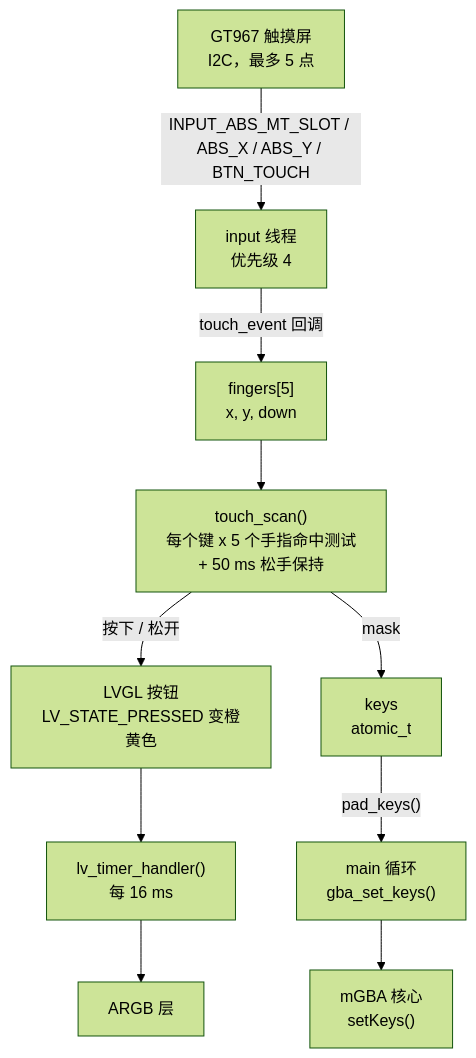
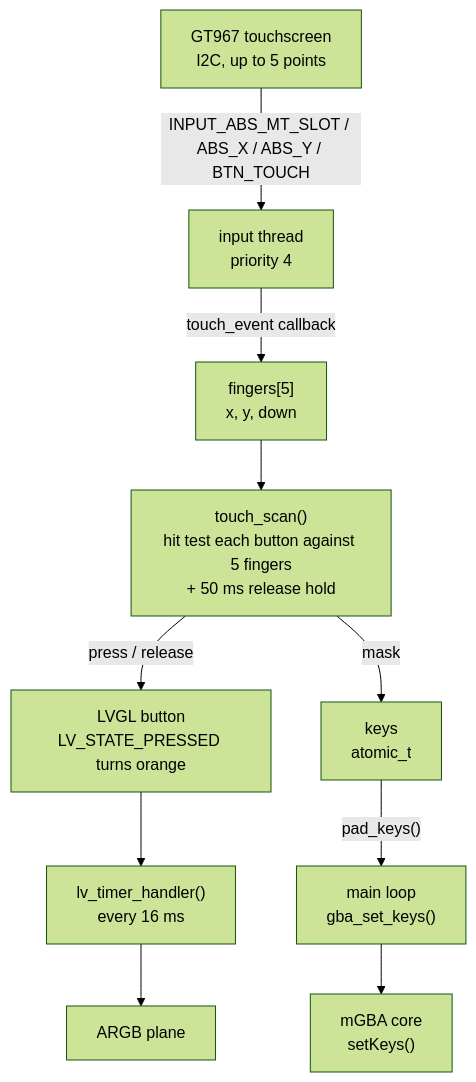
One commit to YuzukiHD/YuzukiNeko changed the second of 3 diagrams in docs/src/content/docs/dev/zephyr/apps/mgba.md. Above: the diagram before and after it, drawn with Mermaid (forest theme). The commit also changed other lines of this file and 216 other files, not shown here.

````diff
--- a/docs/src/content/docs/dev/zephyr/apps/mgba.md
+++ b/docs/src/content/docs/dev/zephyr/apps/mgba.md
@@ -262,12 +262,12 @@
 ```mermaid
 flowchart TD
-    GT["GT967 触摸屏<br/>I2C，最多 5 点"] -->|"INPUT_ABS_MT_SLOT / ABS_X / ABS_Y / BTN_TOUCH"| IT["input 线程<br/>优先级 4"]
-    IT -->|"touch_event 回调"| FING["fingers[5]<br/>x, y, down"]
-    FING --> SCAN["touch_scan()<br/>每个键 x 5 个手指命中测试<br/>+ 50 ms 松手保持"]
-    SCAN -->|"按下 / 松开"| BTN["LVGL 按钮<br/>LV_STATE_PRESSED 变橙黄色"]
+    GT["GT967 touchscreen<br/>I2C, up to 5 points"] -->|"INPUT_ABS_MT_SLOT / ABS_X / ABS_Y / BTN_TOUCH"| IT["input thread<br/>priority 4"]
+    IT -->|"touch_event callback"| FING["fingers[5]<br/>x, y, down"]
+    FING --> SCAN["touch_scan()<br/>hit test each button against 5 fingers<br/>+ 50 ms release hold"]
+    SCAN -->|"press / release"| BTN["LVGL button<br/>LV_STATE_PRESSED turns orange"]
     SCAN -->|"mask"| KEYS["keys<br/>atomic_t"]
-    BTN --> LV["lv_timer_handler()<br/>每 16 ms"]
-    LV --> ARGB["ARGB 层"]
-    KEYS -->|"pad_keys()"| MAIN["main 循环<br/>gba_set_keys()"]
-    MAIN --> EMU["mGBA 核心<br/>setKeys()"]
+    BTN --> LV["lv_timer_handler()<br/>every 16 ms"]
+    LV --> ARGB["ARGB plane"]
+    KEYS -->|"pad_keys()"| MAIN["main loop<br/>gba_set_keys()"]
+    MAIN --> EMU["mGBA core<br/>setKeys()"]
 ```
````
